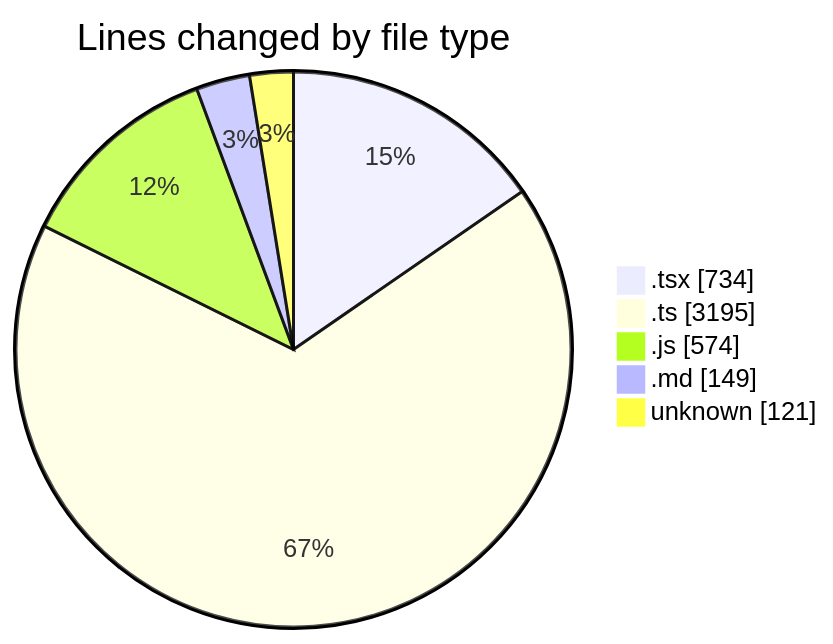
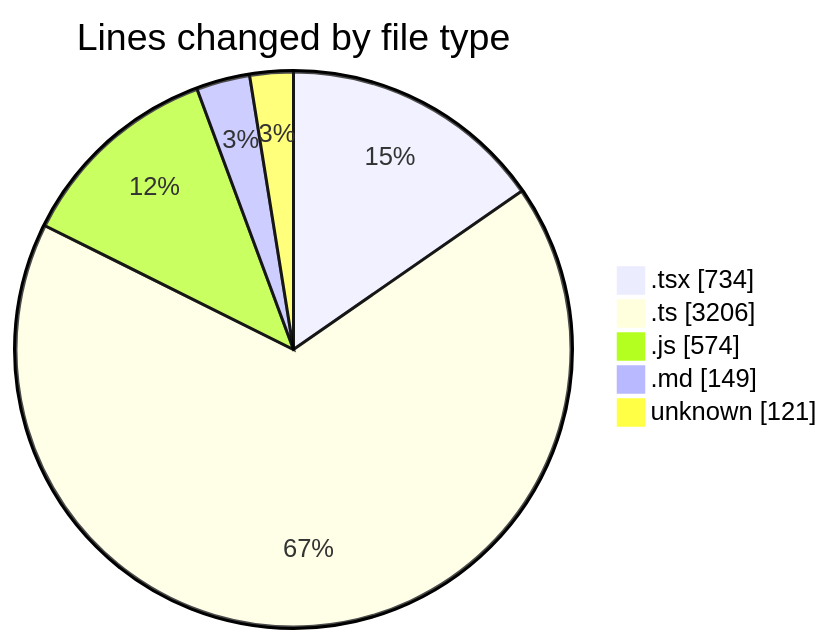
The first of 2 diagrams in 2026-06-04/cda/README.md (momahboobian/code-tracking), drawn with Mermaid before and after one commit. The commit also changed other lines of this file and 1 other file, not shown here.

````diff
--- a/2026-06-04/cda/README.md
+++ b/2026-06-04/cda/README.md
@@ -37,9 +37,9 @@
 ```mermaid
 pie showData
 title Lines changed by file type
 ".tsx" : 734
-".ts" : 3195
+".ts" : 3206
 ".js" : 574
 ".md" : 149
 "unknown" : 121
 ```
````
